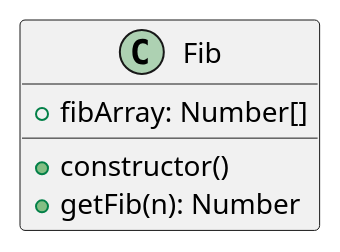
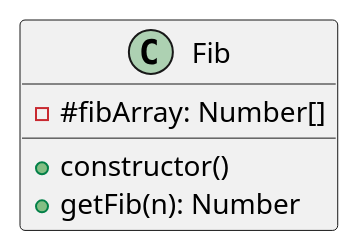
Before and after one commit to HEI240108/GRG-SWP: the diagram in Übungsblätter/Übung_Fibonacci.md, drawn with PlantUML. The commit also changed other lines of this file and 18 other files, not shown here.

````diff
--- a/Übungsblätter/Übung_Fibonacci.md
+++ b/Übungsblätter/Übung_Fibonacci.md
@@ -42,7 +42,7 @@
 ```plantuml
 class Fib {
+- #fibArray: Number[]
 + constructor()
-+ fibArray: Number[]
 + getFib(n): Number
 }
 ```
````
